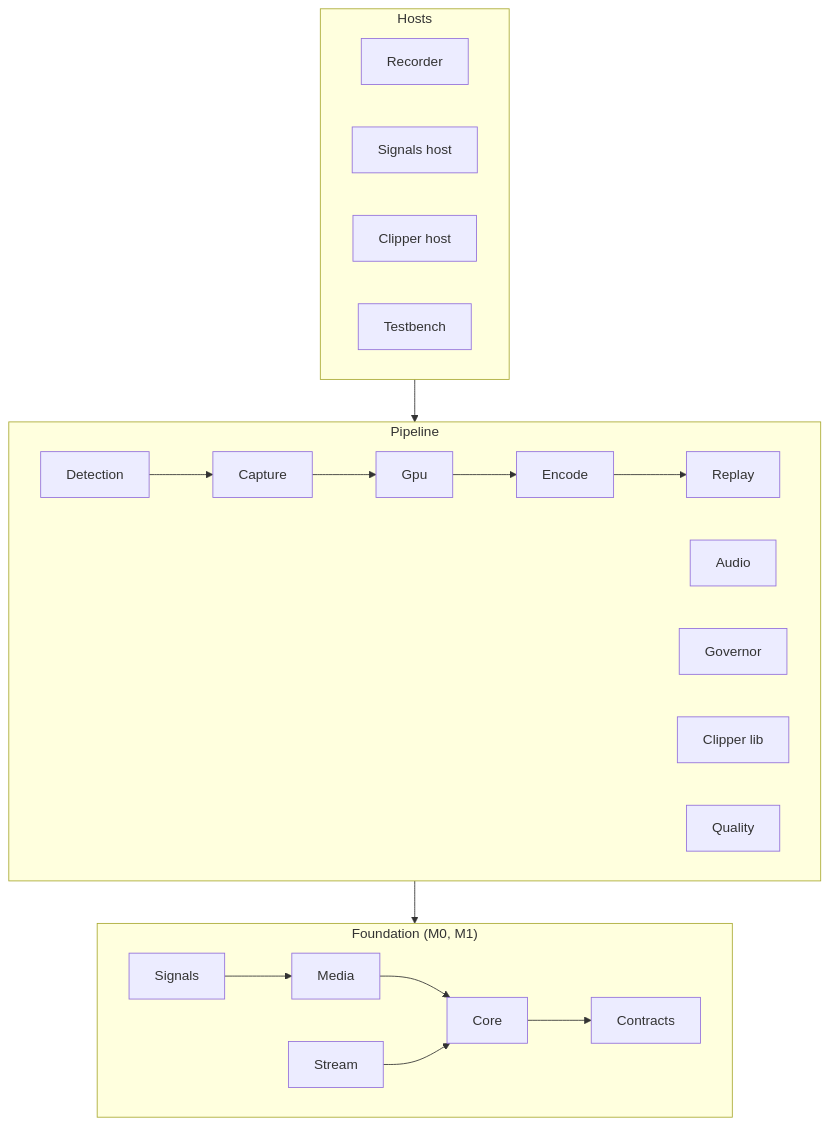
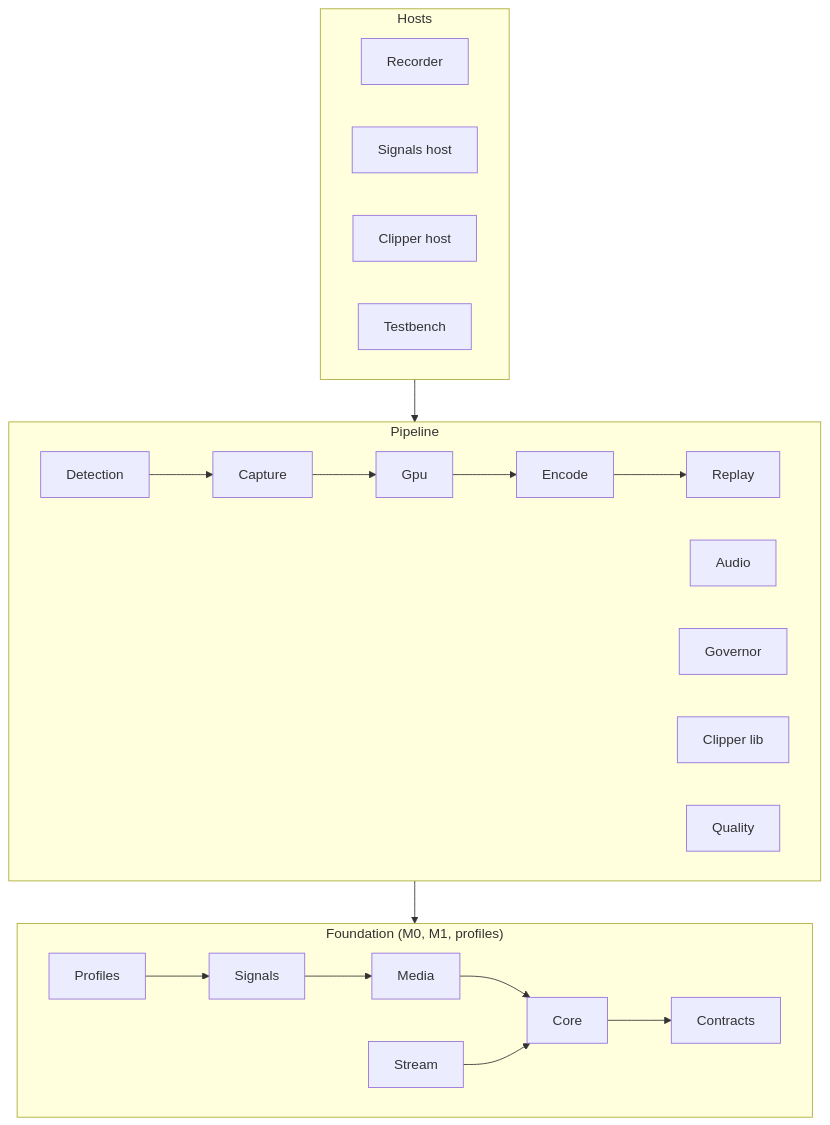
One commit to Joshmh7128/Lookback changed the second of 2 diagrams in docs/wiki/Project-Structure.md. Above: the diagram before and after it, drawn with Mermaid. The commit also changed other lines of this file and 40 other files, not shown here.

````diff
--- a/docs/wiki/Project-Structure.md
+++ b/docs/wiki/Project-Structure.md
@@ -78,21 +86,22 @@
 ```mermaid
 flowchart TB
     subgraph Hosts
         REC[Recorder]
         SIG[Signals host]
         CLP[Clipper host]
         TB[Testbench]
     end
     subgraph Pipeline
         DET[Detection] --> CAP[Capture] --> GPU[Gpu] --> ENC[Encode] --> REP[Replay]
         AUD[Audio]
         GOVN[Governor]
         CLPL[Clipper lib]
         QUAL[Quality]
     end
-    subgraph Foundation["Foundation (M0, M1)"]
+    subgraph Foundation["Foundation (M0, M1, profiles)"]
+        PRO[Profiles] --> SIGL
         SIGL[Signals] --> MED[Media] --> CORE
         STR[Stream] --> CORE[Core] --> CON[Contracts]
     end
     Hosts --> Pipeline --> Foundation
 ```
````
